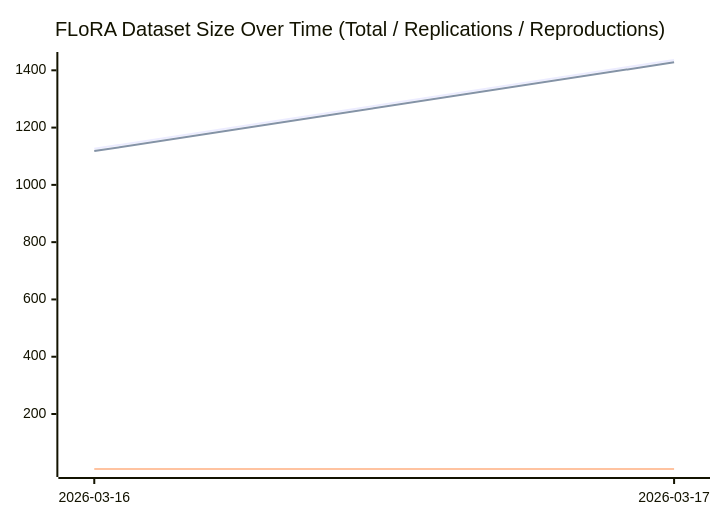
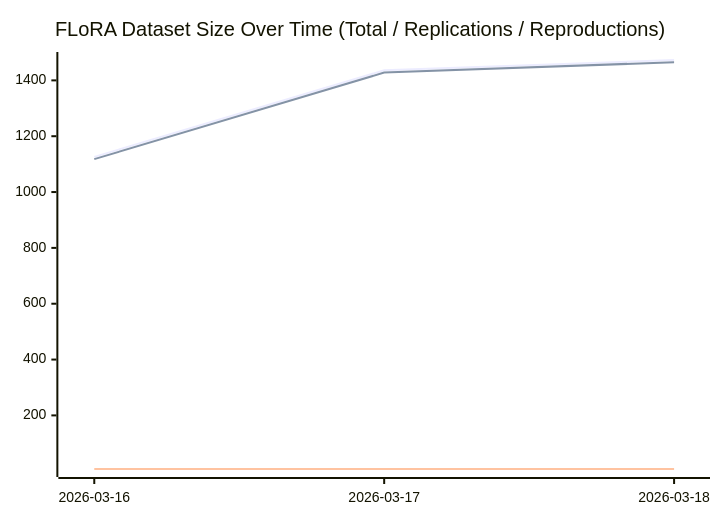
Before and after one commit to forrtproject/fred-data: the diagram in README.md, drawn with Mermaid. The commit also changed other lines of this file, not shown here.

Commit message:
Update flora.csv [automated]

````diff
--- a/README.md
+++ b/README.md
@@ -441,8 +441,8 @@
 ```mermaid
 xychart-beta
     title "FLoRA Dataset Size Over Time (Total / Replications / Reproductions)"
-    x-axis ["2026-03-16", "2026-03-17"]
-    line [1126, 1436]
-    line [1118, 1428]
-    line [8, 8]
+    x-axis ["2026-03-16", "2026-03-17", "2026-03-18"]
+    line [1126, 1436, 1473]
+    line [1118, 1428, 1465]
+    line [8, 8, 8]
 ```
````
